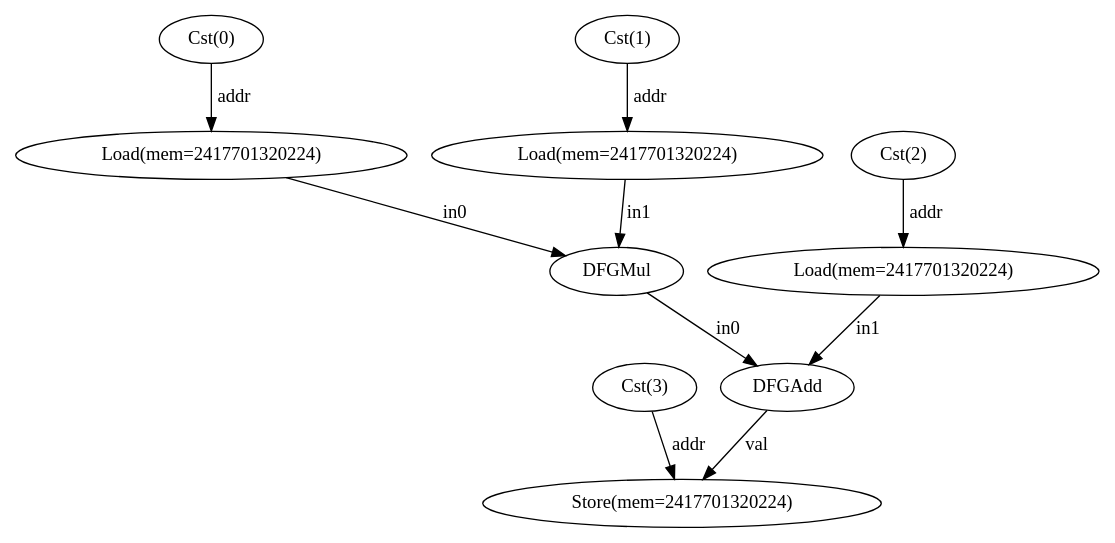
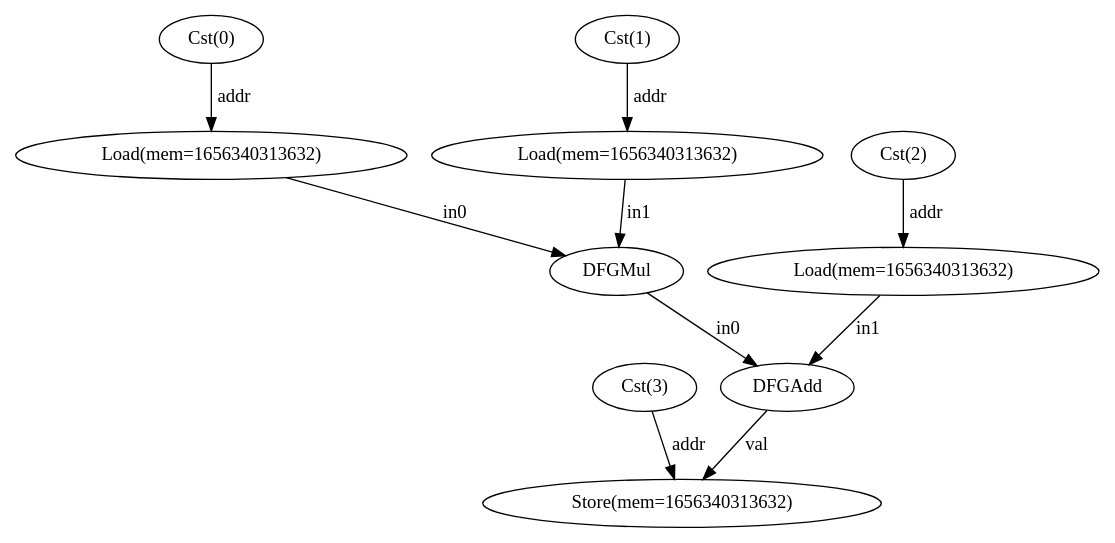
The diagram in dfg.dot (ma-carrillo/High-level-synthesis-assignment), drawn with Graphviz before and after one commit. The commit also changed 10 other files, not shown here.

```diff
--- a/dfg.dot
+++ b/dfg.dot
@@ -1,21 +1,21 @@
 digraph "example_dfg" {
   n0 [label="Cst(3)"];
   n1 [label="Cst(0)"];
-  n2 [label="Load(mem=2417701320224)"];
+  n2 [label="Load(mem=1656340313632)"];
   n3 [label="Cst(1)"];
-  n4 [label="Load(mem=2417701320224)"];
+  n4 [label="Load(mem=1656340313632)"];
   n5 [label="DFGMul"];
   n6 [label="Cst(2)"];
-  n7 [label="Load(mem=2417701320224)"];
+  n7 [label="Load(mem=1656340313632)"];
   n8 [label="DFGAdd"];
-  n9 [label="Store(mem=2417701320224)"];
+  n9 [label="Store(mem=1656340313632)"];
   n0 -> n9 [label="addr"];
   n1 -> n2 [label="addr"];
   n2 -> n5 [label="in0"];
   n3 -> n4 [label="addr"];
   n4 -> n5 [label="in1"];
   n5 -> n8 [label="in0"];
   n6 -> n7 [label="addr"];
   n7 -> n8 [label="in1"];
   n8 -> n9 [label="val"];
 }
```
